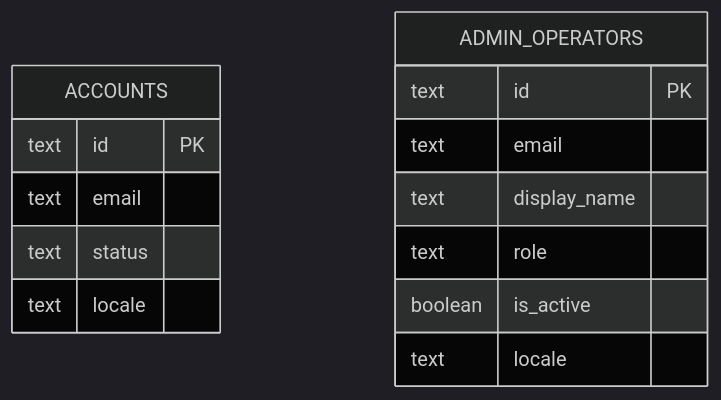
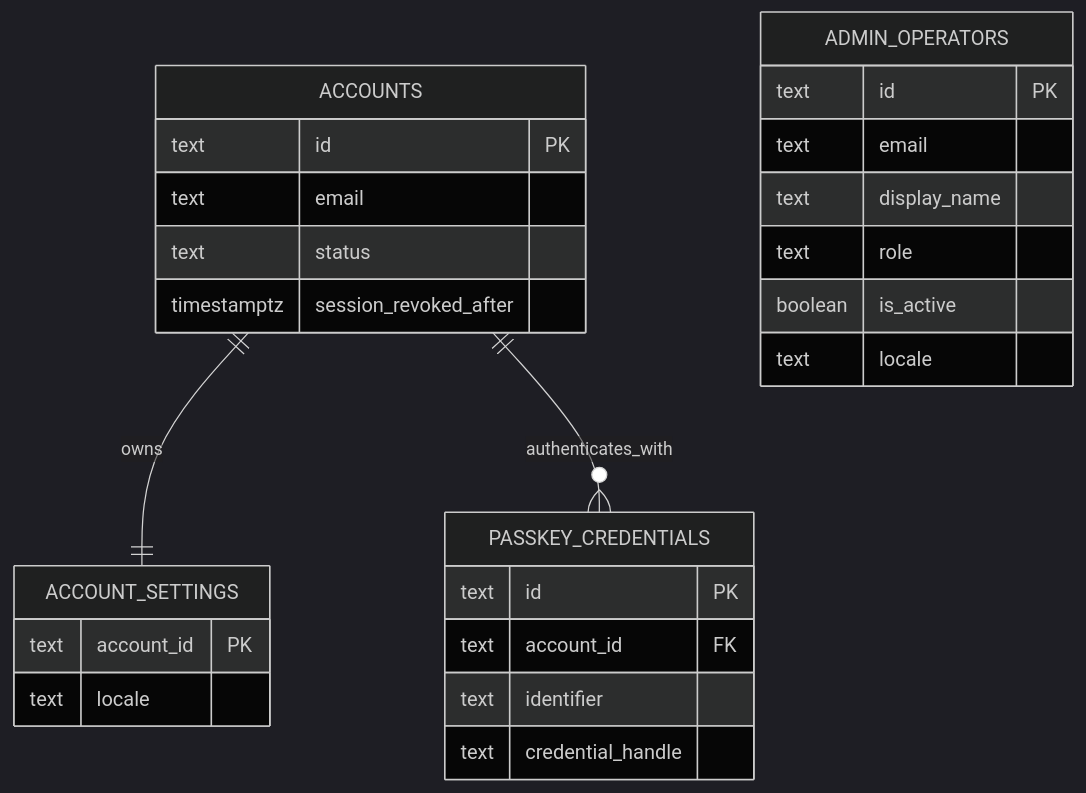
Before and after one commit to witwire-net/www-template: the fifth of 6 diagrams in openspec/changes/add-default-i18n/design.md, drawn with Mermaid (dark theme). The commit also changed other lines of this file and 4 other files, not shown here.

````diff
--- a/openspec/changes/add-default-i18n/design.md
+++ b/openspec/changes/add-default-i18n/design.md
@@ -449,17 +402,29 @@
 ```mermaid
 erDiagram
   ACCOUNTS {
     text id PK
     text email
     text status
+    timestamptz session_revoked_after
+  }
+  ACCOUNT_SETTINGS {
+    text account_id PK
     text locale
+  }
+  PASSKEY_CREDENTIALS {
+    text id PK
+    text account_id FK
+    text identifier
+    text credential_handle
   }
   ADMIN_OPERATORS {
     text id PK
     text email
     text display_name
     text role
     boolean is_active
     text locale
   }
+  ACCOUNTS ||--|| ACCOUNT_SETTINGS : owns
+  ACCOUNTS ||--o{ PASSKEY_CREDENTIALS : authenticates_with
 ```
````
